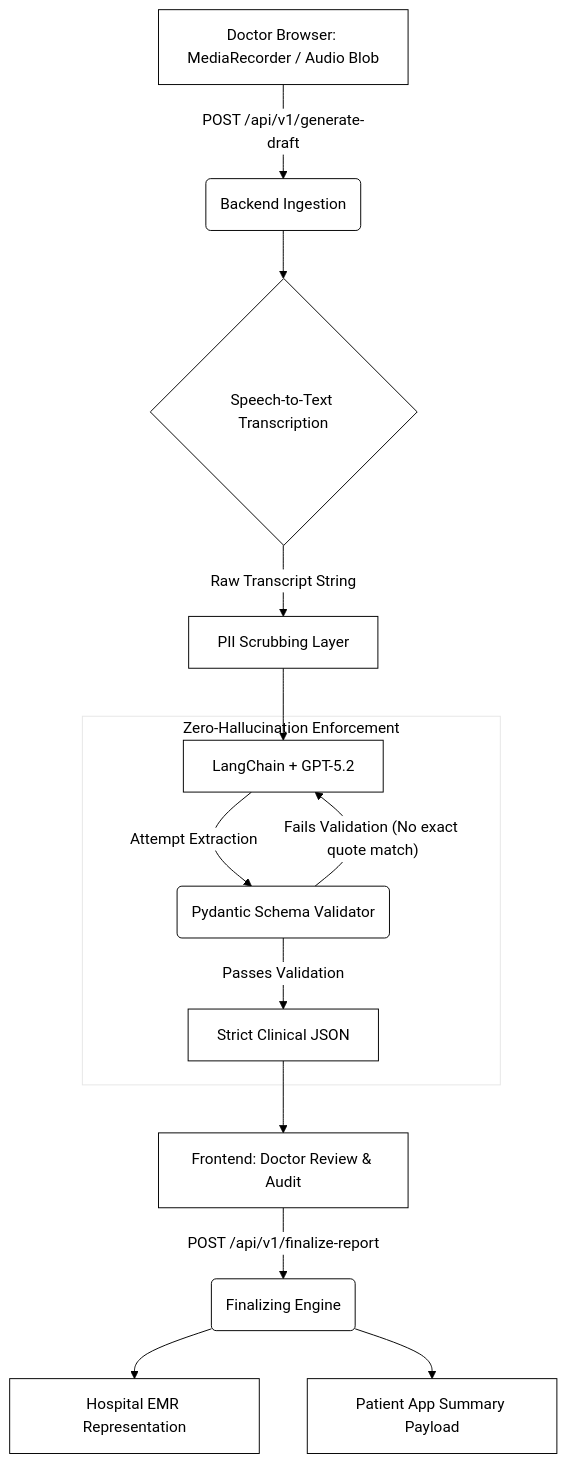
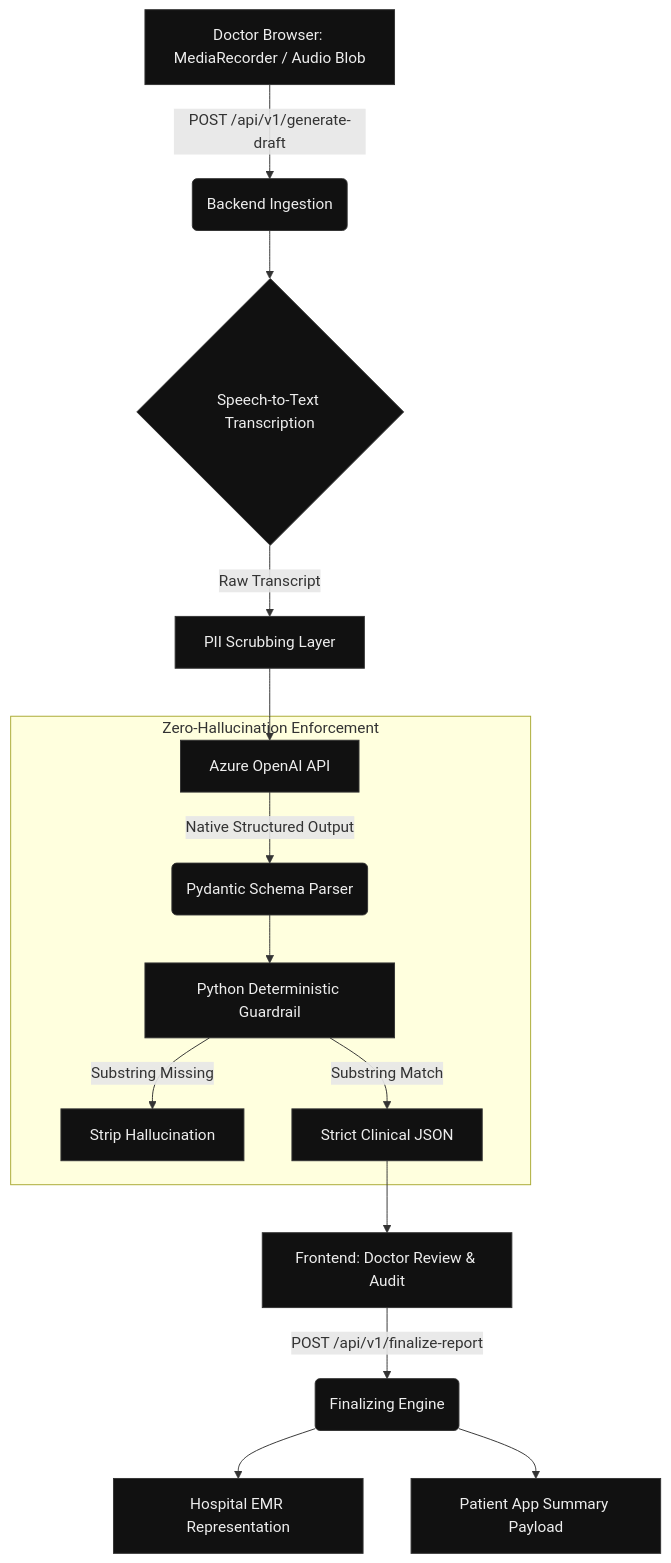
One commit to GregoJaca/GDE-MIT-mesh changed the diagram in docs/architecture.md. Above: the diagram before and after it, drawn with Mermaid. The commit also changed other lines of this file and 6 other files, not shown here.

````diff
--- a/docs/architecture.md
+++ b/docs/architecture.md
@@ -7,20 +7,22 @@
 ```mermaid
-%%{init: {'theme': 'base', 'themeVariables': { 'primaryColor': '#ffffff', 'primaryBorderColor': '#000000', 'primaryTextColor': '#000000', 'lineColor': '#000000', 'secondaryColor': '#ffffff', 'tertiaryColor': '#ffffff'}}}%%
 graph TD
+    classDef default fill:#111,stroke:#333,stroke-width:1px,color:#eee;
+    
     A[Doctor Browser: MediaRecorder / Audio Blob] -->|POST /api/v1/generate-draft| B(Backend Ingestion)
     B --> C{Speech-to-Text Transcription}
-    C -->|Raw Transcript String| D[PII Scrubbing Layer]
-    D --> E[LangChain + GPT-5.2]
+    C -->|Raw Transcript| D[PII Scrubbing Layer]
+    D --> E[Azure OpenAI API]
     
     subgraph Zero-Hallucination Enforcement
-        E -->|Attempt Extraction| F(Pydantic Schema Validator)
-        F -- Fails Validation (No exact quote match) --> E
-        F -- Passes Validation --> G[Strict Clinical JSON]
+        E -->|Native Structured Output| F(Pydantic Schema Parser)
+        F --> G[Python Deterministic Guardrail]
+        G -- Substring Missing --> H[Strip Hallucination]
+        G -- Substring Match --> I[Strict Clinical JSON]
     end
     
-    G --> H[Frontend: Doctor Review & Audit]
-    H -->|POST /api/v1/finalize-report| I(Finalizing Engine)
+    I --> J[Frontend: Doctor Review & Audit]
+    J -->|POST /api/v1/finalize-report| K(Finalizing Engine)
     
-    I --> J[Hospital EMR Representation]
-    I --> K[Patient App Summary Payload]
+    K --> L[Hospital EMR Representation]
+    K --> M[Patient App Summary Payload]
 ```
````
